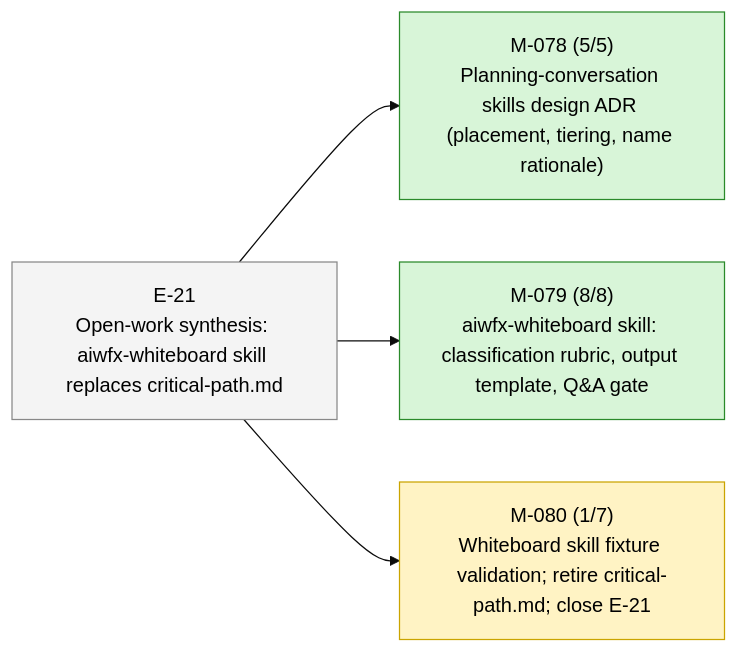
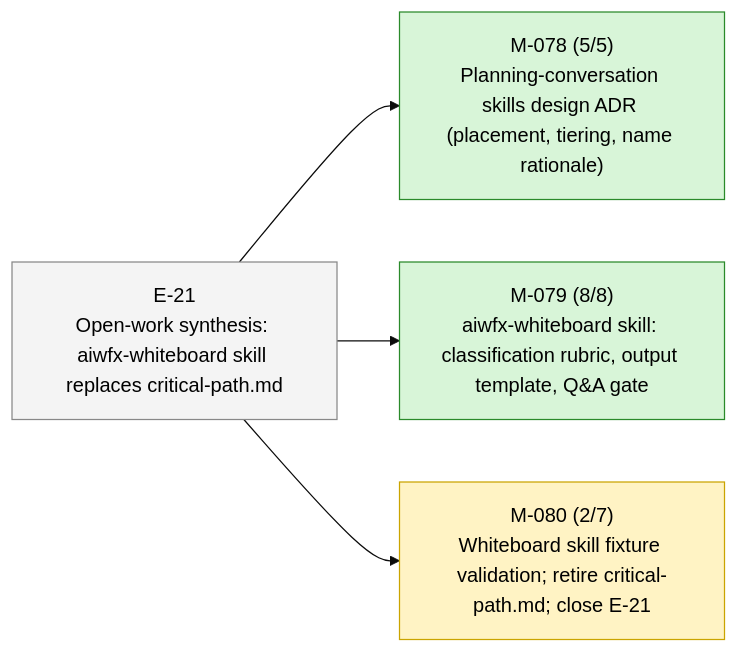
The second of 2 diagrams in STATUS.md (23min/aiwf), drawn with Mermaid (base theme) before and after one commit. The commit also changed other lines of this file and 1 other file, not shown here.

````diff
--- a/STATUS.md
+++ b/STATUS.md
@@ -47,16 +47,16 @@
 ```mermaid
 flowchart LR
   E_21["E-21<br/>Open-work synthesis: aiwfx-whiteboard skill replaces critical-path.md"]:::epic_proposed
   M_078["M-078 (5/5)<br/>Planning-conversation skills design ADR (placement, tiering, name rationale)"]:::ms_done
   E_21 --> M_078
   M_079["M-079 (8/8)<br/>aiwfx-whiteboard skill: classification rubric, output template, Q&A gate"]:::ms_done
   E_21 --> M_079
-  M_080["M-080 (1/7)<br/>Whiteboard skill fixture validation; retire critical-path.md; close E-21"]:::ms_in_progress
+  M_080["M-080 (2/7)<br/>Whiteboard skill fixture validation; retire critical-path.md; close E-21"]:::ms_in_progress
   E_21 --> M_080
   classDef epic_active fill:#d6eaff,stroke:#1a73e8,color:#000
   classDef epic_proposed fill:#f4f4f4,stroke:#888,color:#000
   classDef ms_done fill:#d8f5d8,stroke:#2a8a2a,color:#000
   classDef ms_in_progress fill:#fff3c4,stroke:#caa400,color:#000
   classDef ms_draft fill:#f4f4f4,stroke:#888,color:#000
   classDef ms_cancelled fill:#fbeaea,stroke:#c33,color:#000
 ```
````
